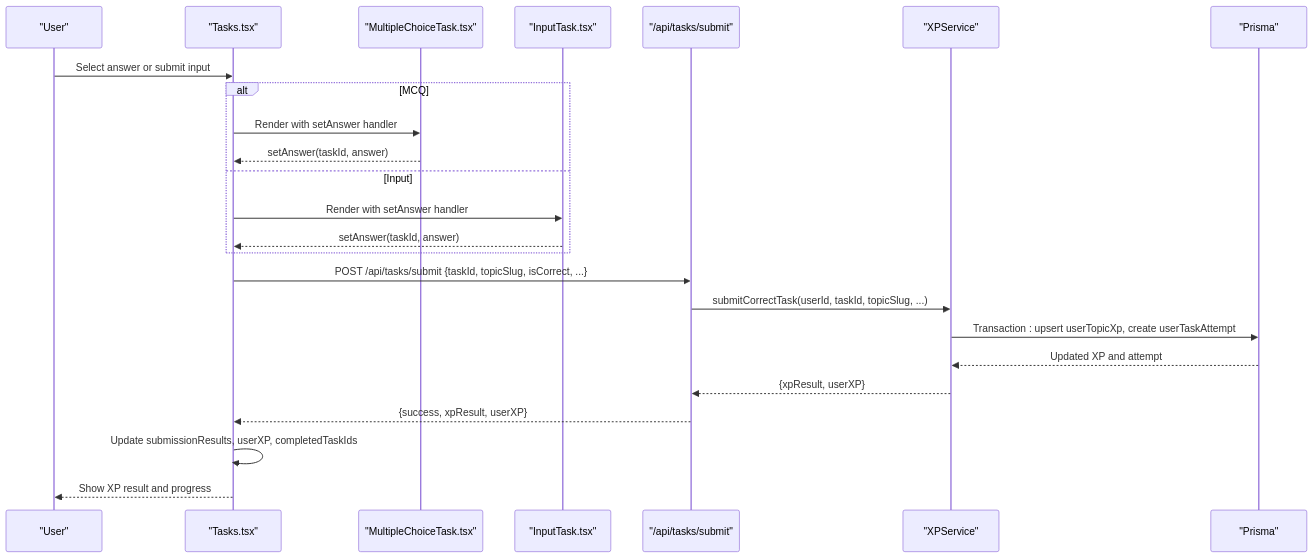
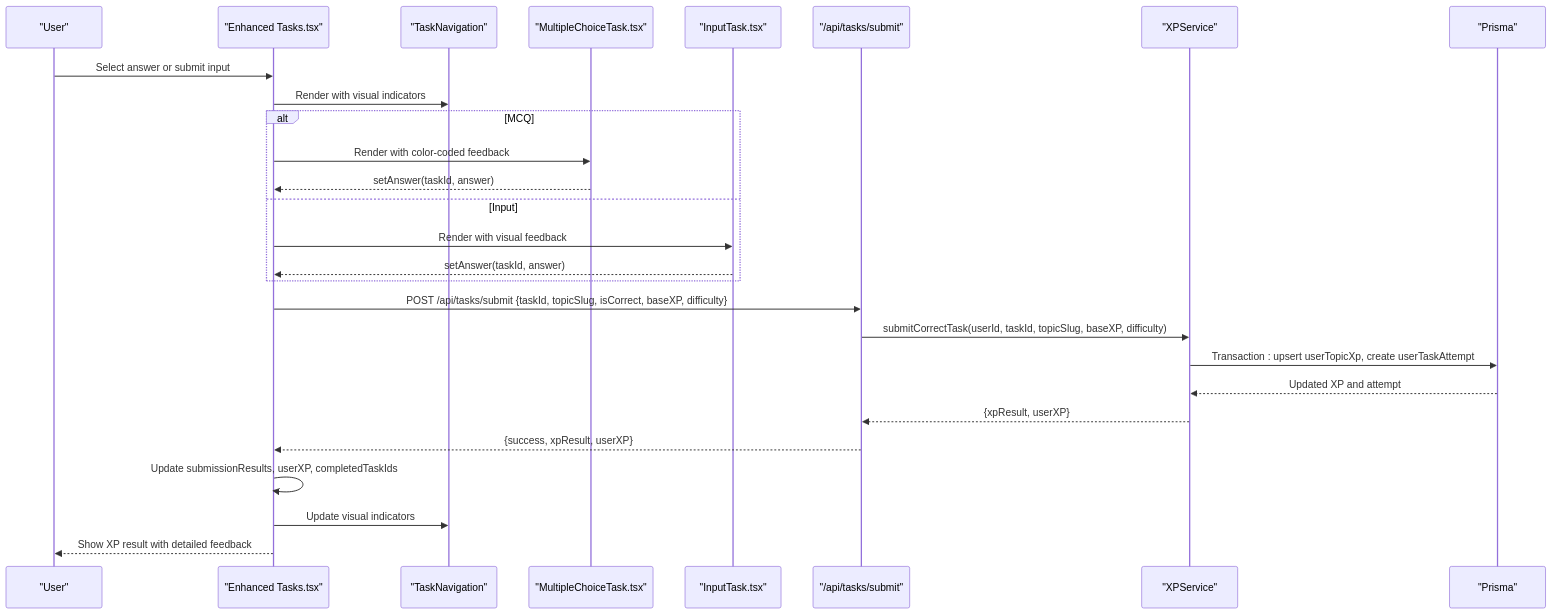
One commit to AlexKutz/math-app-next-js changed the second of 5 diagrams in .qoder/repowiki/en/content/Core Features/Learning Interface/Task System Architecture.md. Above: the diagram before and after it, drawn with Mermaid. The commit also changed other lines of this file and 9 other files, not shown here.

````diff
--- a/.qoder/repowiki/en/content/Core Features/Learning Interface/Task System Architecture.md
+++ b/.qoder/repowiki/en/content/Core Features/Learning Interface/Task System Architecture.md
@@ -132,26 +158,29 @@
 ```mermaid
 sequenceDiagram
 participant U as "User"
-participant T as "Tasks.tsx"
+participant T as "Enhanced Tasks.tsx"
+participant TN as "TaskNavigation"
 participant MCQ as "MultipleChoiceTask.tsx"
 participant IN as "InputTask.tsx"
 participant API as "/api/tasks/submit"
 participant SVC as "XPService"
 participant DB as "Prisma"
 U->>T : Select answer or submit input
+T->>TN : Render with visual indicators
 alt MCQ
-T->>MCQ : Render with setAnswer handler
+T->>MCQ : Render with color-coded feedback
 MCQ-->>T : setAnswer(taskId, answer)
 else Input
-T->>IN : Render with setAnswer handler
+T->>IN : Render with visual feedback
 IN-->>T : setAnswer(taskId, answer)
 end
-T->>API : POST /api/tasks/submit {taskId, topicSlug, isCorrect, ...}
-API->>SVC : submitCorrectTask(userId, taskId, topicSlug, ...)
+T->>API : POST /api/tasks/submit {taskId, topicSlug, isCorrect, baseXP, difficulty}
+API->>SVC : submitCorrectTask(userId, taskId, topicSlug, baseXP, difficulty)
 SVC->>DB : Transaction : upsert userTopicXp, create userTaskAttempt
 DB-->>SVC : Updated XP and attempt
 SVC-->>API : {xpResult, userXP}
 API-->>T : {success, xpResult, userXP}
 T->>T : Update submissionResults, userXP, completedTaskIds
-T-->>U : Show XP result and progress
+T->>TN : Update visual indicators
+T-->>U : Show XP result with detailed feedback
 ```
````
